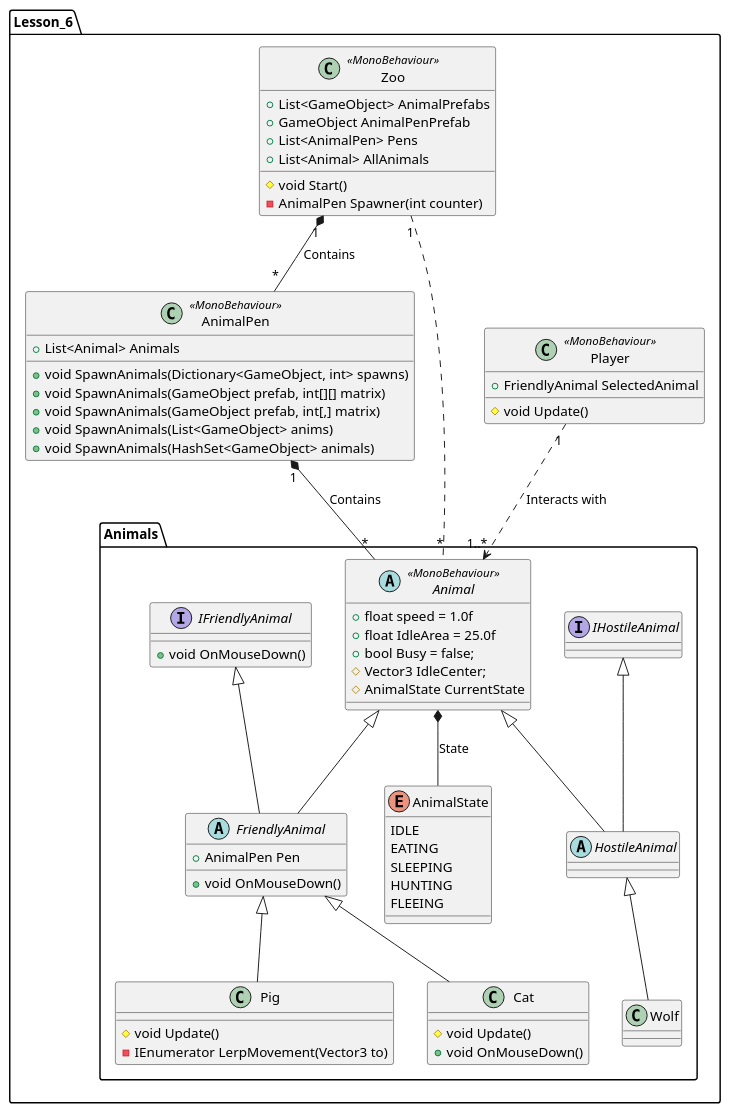
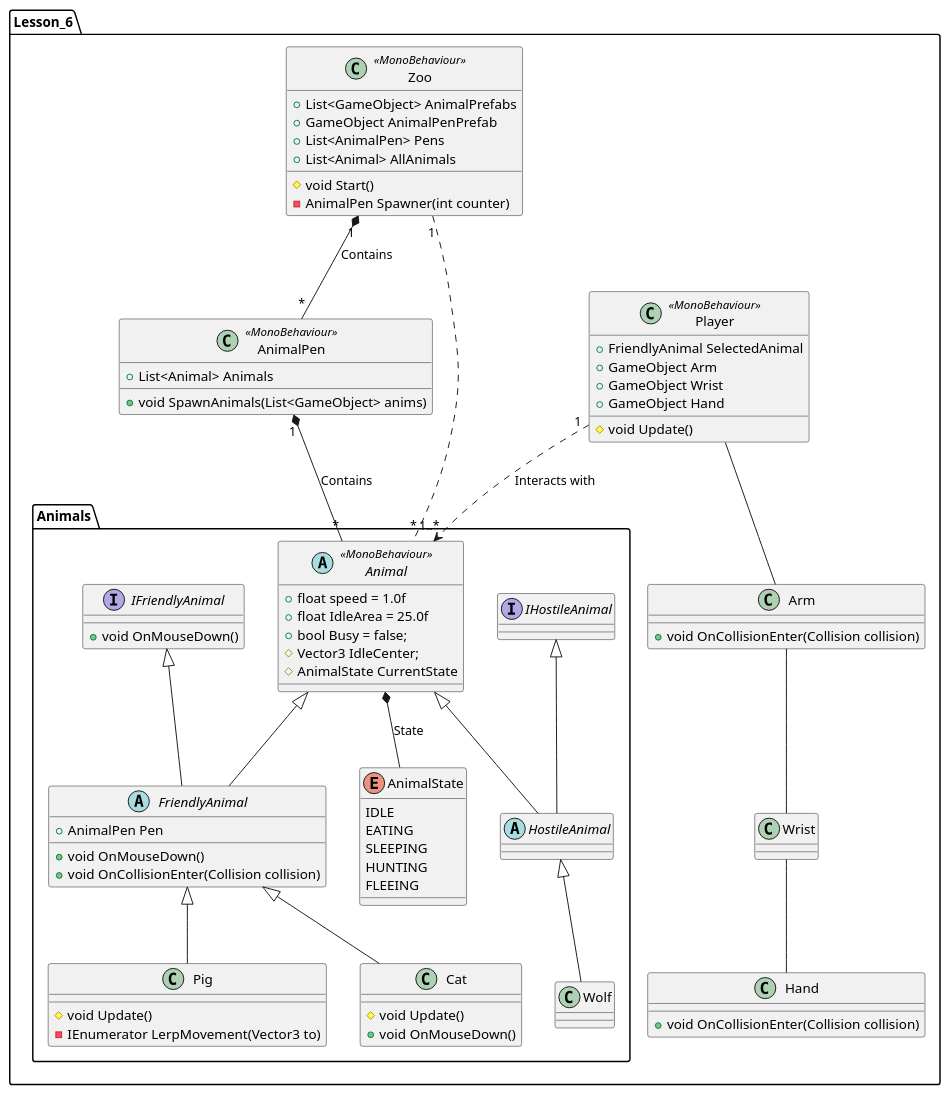
Before and after one commit to Syberkryb/LearnUnity: the diagram in Assets/6_Lesson_Zoo/Docs/Class.puml, drawn with PlantUML. The commit also changed 16 other files, not shown here.

```diff
--- a/Assets/6_Lesson_Zoo/Docs/Class.puml
+++ b/Assets/6_Lesson_Zoo/Docs/Class.puml
@@ -1,92 +1,109 @@
 @startuml
 
 namespace Lesson_6{
     class AnimalPen <<MonoBehaviour>>{
         + List<Animal> Animals
-        + void SpawnAnimals(Dictionary<GameObject, int> spawns)
-        + void SpawnAnimals(GameObject prefab, int[][] matrix)
-        + void SpawnAnimals(GameObject prefab, int[,] matrix)
         + void SpawnAnimals(List<GameObject> anims)
-        + void SpawnAnimals(HashSet<GameObject> animals)
     }
 
     class Player <<MonoBehaviour>>{
         + FriendlyAnimal SelectedAnimal
+        + GameObject Arm
+        + GameObject Wrist
+        + GameObject Hand
         # void Update()
     }
+
+    class Arm{
+        + void OnCollisionEnter(Collision collision)
+    }
+
+    class Wrist{
+        
+    }
+
+    class Hand{
+        + void OnCollisionEnter(Collision collision)
+    }
+
+    Player -- Arm
+    Arm -- Wrist
+    Wrist -- Hand
 
     class Zoo <<MonoBehaviour>>{
         + List<GameObject> AnimalPrefabs
         + GameObject AnimalPenPrefab
         + List<AnimalPen> Pens
         + List<Animal> AllAnimals
         # void Start()
         - AnimalPen Spawner(int counter)
     }
 
     namespace Animals{
         enum AnimalState{
             IDLE
             EATING
             SLEEPING
             HUNTING
             FLEEING
         }
+
         abstract class Animal <<MonoBehaviour>>{
             + float speed = 1.0f
             + float IdleArea = 25.0f
             + bool Busy = false;
             # Vector3 IdleCenter;
             # AnimalState CurrentState
         }
 
         abstract class FriendlyAnimal{
             + AnimalPen Pen
             + void OnMouseDown()
+            + void OnCollisionEnter(Collision collision)
         }
 
         abstract class HostileAnimal{
 
         }
 
         interface IFriendlyAnimal{
             + void OnMouseDown()
         }
 
         interface IHostileAnimal{
 
         }
 
         class Cat{
             # void Update()
             + void OnMouseDown()
         }
 
         class Pig{
             # void Update()
             - IEnumerator LerpMovement(Vector3 to)
         }
 
         class Wolf{
 
         }
 
         FriendlyAnimal -up-|> Animal
         FriendlyAnimal -up-|> IFriendlyAnimal
         HostileAnimal -up-|> Animal
         HostileAnimal -up-|> IHostileAnimal
         Wolf -up-|> HostileAnimal
         Cat -up-|> FriendlyAnimal
         Pig -up-|> FriendlyAnimal
         Animal *-- AnimalState : State
     }
 
     Player "1" ..> "1..*" Lesson_6.Animals.Animal : Interacts with
     AnimalPen "1" *-- "*" Lesson_6.Animals.Animal : Contains
     Zoo "1" *-- "*"  AnimalPen : Contains
     Zoo "1" .. "*"  Lesson_6.Animals.Animal
 
 
 }
 
 @enduml
```
